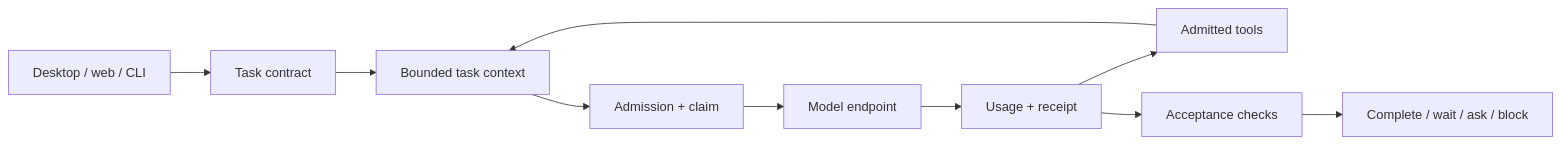
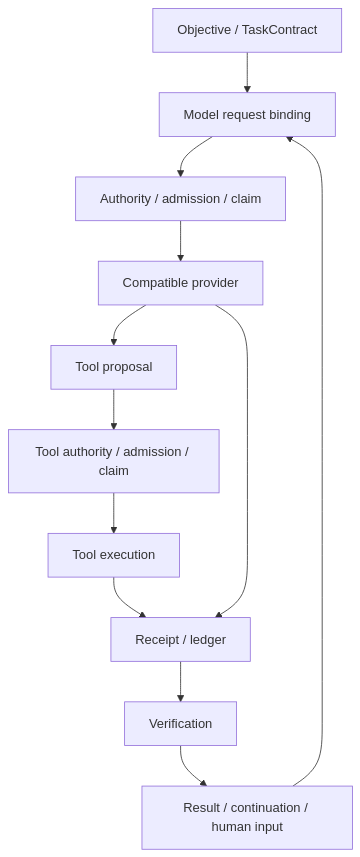
One commit to Elliot509/LatticeHarness-Candidate changed the diagram in README.md. Above: the diagram before and after it, drawn with Mermaid. The commit also changed other lines of this file and 4 other files, not shown here.

````diff
--- a/README.md
+++ b/README.md
@@ -113,12 +132,14 @@
 ```mermaid
-flowchart LR
-  UI[Desktop / web / CLI] --> Contract[Task contract]
-  Contract --> Context[Bounded task context]
-  Context --> Admission[Admission + claim]
-  Admission --> Model[Model endpoint]
-  Model --> Receipt[Usage + receipt]
-  Receipt --> Tools[Admitted tools]
-  Tools --> Context
-  Receipt --> Acceptance[Acceptance checks]
-  Acceptance --> Result[Complete / wait / ask / block]
+flowchart TD
+    O[Objective / TaskContract] --> B[Model request binding]
+    B --> A[Authority / admission / claim]
+    A --> P[Compatible provider]
+    P --> T[Tool proposal]
+    T --> G[Tool authority / admission / claim]
+    G --> X[Tool execution]
+    X --> R[Receipt / ledger]
+    P --> R
+    R --> V[Verification]
+    V --> C[Result / continuation / human input]
+    C --> B
 ```
````
